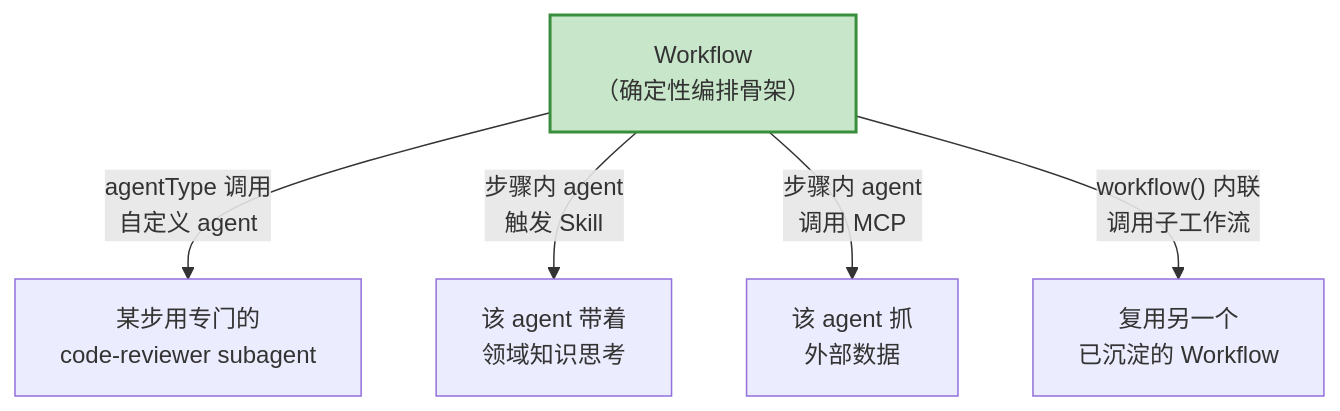
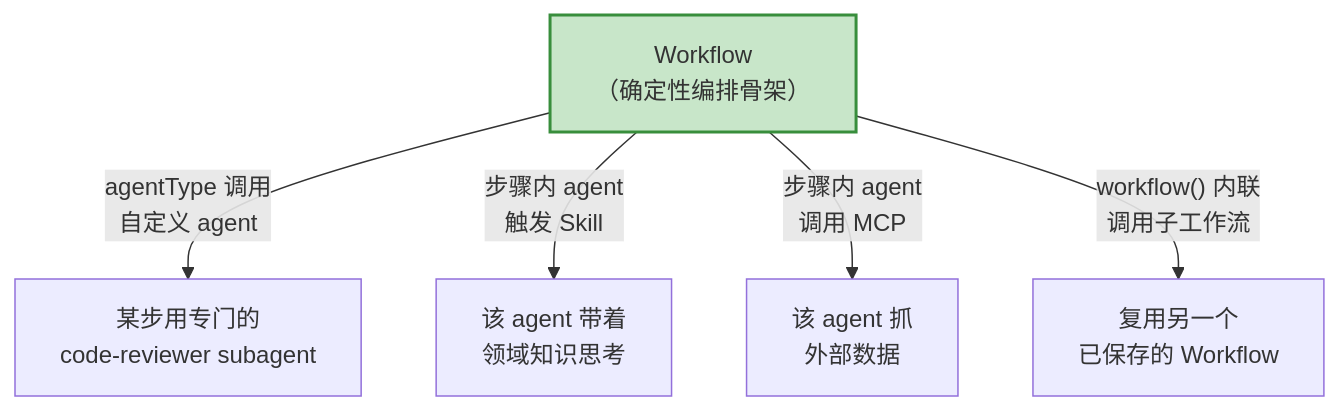
Before and after one commit to AGI-is-going-to-arrive/workflow-cookbook: the seventh of 7 diagrams in docs/zh/p1-03-positioning-matrix.md, drawn with Mermaid. The commit also changed other lines of this file and 78 other files, not shown here.

````diff
--- a/docs/zh/p1-03-positioning-matrix.md
+++ b/docs/zh/p1-03-positioning-matrix.md
@@ -287,9 +287,9 @@
 ```mermaid
 flowchart TD
     WF["Workflow<br/>（确定性编排骨架）"]
     WF -->|"agentType 调用<br/>自定义 agent"| C1["某步用专门的<br/>code-reviewer subagent"]
     WF -->|"步骤内 agent<br/>触发 Skill"| C2["该 agent 带着<br/>领域知识思考"]
     WF -->|"步骤内 agent<br/>调用 MCP"| C3["该 agent 抓<br/>外部数据"]
-    WF -->|"workflow() 内联<br/>调用子工作流"| C4["复用另一个<br/>已沉淀的 Workflow"]
+    WF -->|"workflow() 内联<br/>调用子工作流"| C4["复用另一个<br/>已保存的 Workflow"]
     style WF fill:#c8e6c9,stroke:#388e3c,stroke-width:2px
 ```
````
